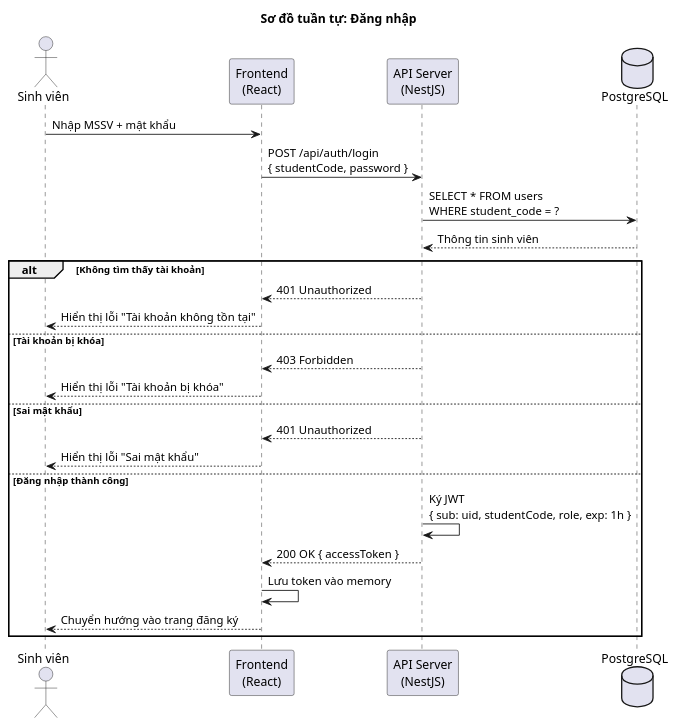
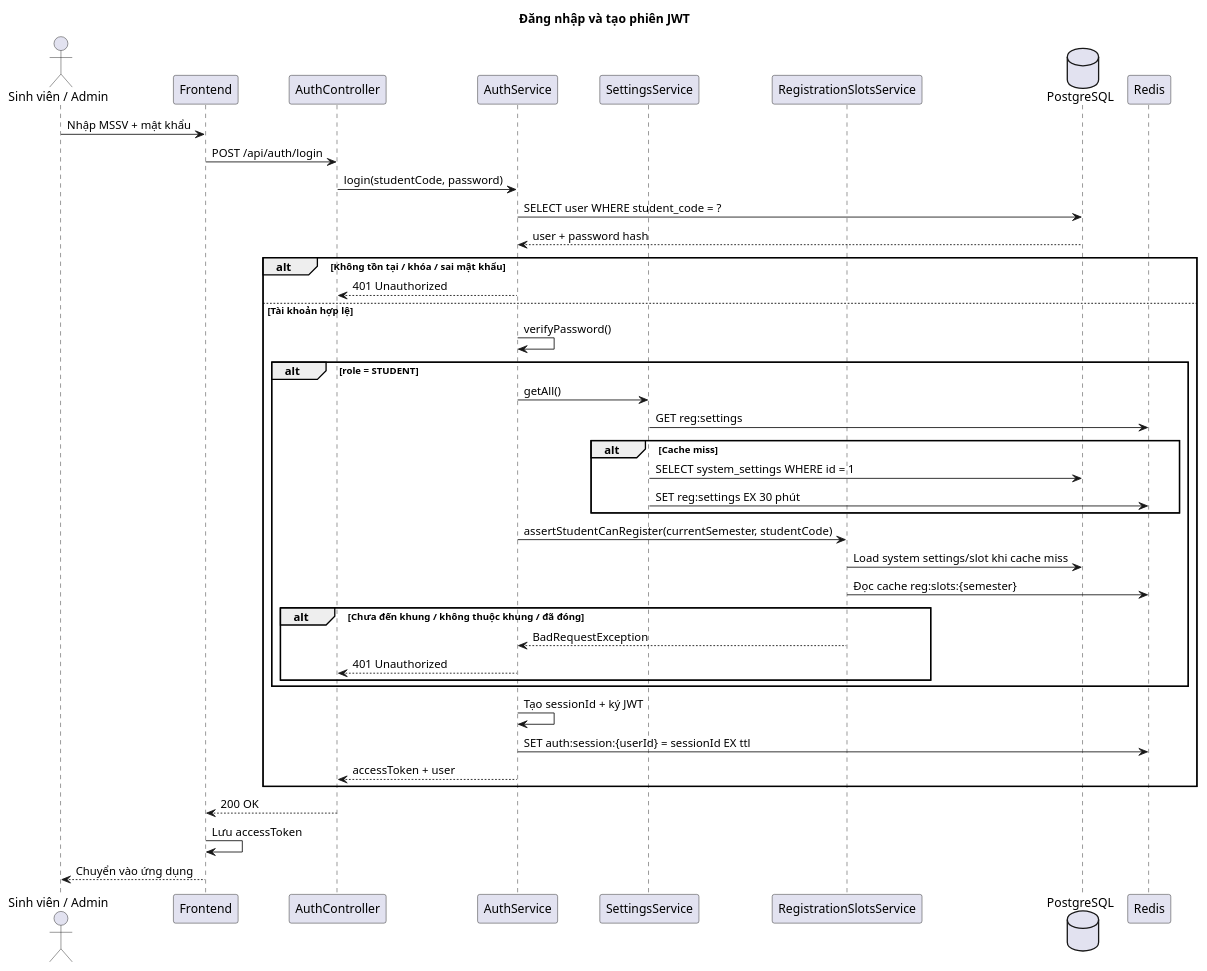
Before and after one commit to huyhuyqazwsx/do_an_tot_nghiep: the first of 20 diagrams in docs/doc/sequence-diagrams.md, drawn with PlantUML. The commit also changed other lines of this file and 1 other file, not shown here.

````diff
--- a/docs/doc/sequence-diagrams.md
+++ b/docs/doc/sequence-diagrams.md
@@ -9,33 +19,50 @@
 ```plantuml
 @startuml SD_Login
-title Sơ đồ tuần tự: Đăng nhập
+title Đăng nhập và tạo phiên JWT
 
-actor "Sinh viên" as SV
-participant "Frontend\n(React)" as FE
-participant "API Server\n(NestJS)" as API
+actor "Sinh viên / Admin" as User
+participant "Frontend" as FE
+participant "AuthController" as AuthC
+participant "AuthService" as AuthS
+participant "SettingsService" as Settings
+participant "RegistrationSlotsService" as Slots
 database "PostgreSQL" as DB
+participant "Redis" as Redis
 
-SV -> FE : Nhập MSSV + mật khẩu
-FE -> API : POST /api/auth/login\n{ studentCode, password }
+User -> FE : Nhập MSSV + mật khẩu
+FE -> AuthC : POST /api/auth/login
+AuthC -> AuthS : login(studentCode, password)
 
-API -> DB : SELECT * FROM users\nWHERE student_code = ?
-DB --> API : Thông tin sinh viên
+AuthS -> DB : SELECT user WHERE student_code = ?
+DB --> AuthS : user + password hash
 
-alt Không tìm thấy tài khoản
-    API --> FE : 401 Unauthorized
-    FE --> SV : Hiển thị lỗi "Tài khoản không tồn tại"
-else Tài khoản bị khóa
-    API --> FE : 403 Forbidden
-    FE --> SV : Hiển thị lỗi "Tài khoản bị khóa"
-else Sai mật khẩu
-    API --> FE : 401 Unauthorized
-    FE --> SV : Hiển thị lỗi "Sai mật khẩu"
-else Đăng nhập thành công
-    API -> API : Ký JWT\n{ sub: uid, studentCode, role, exp: 1h }
-    API --> FE : 200 OK { accessToken }
-    FE -> FE : Lưu token vào memory
-    FE --> SV : Chuyển hướng vào trang đăng ký
+alt Không tồn tại / khóa / sai mật khẩu
+  AuthS --> AuthC : 401 Unauthorized
+else Tài khoản hợp lệ
+  AuthS -> AuthS : verifyPassword()
+  alt role = STUDENT
+    AuthS -> Settings : getAll()
+    Settings -> Redis : GET reg:settings
+    alt Cache miss
+      Settings -> DB : SELECT system_settings WHERE id = 1
+      Settings -> Redis : SET reg:settings EX 30 phút
+    end
+    AuthS -> Slots : assertStudentCanRegister(currentSemester, studentCode)
+    Slots -> DB : Load system settings/slot khi cache miss
+    Slots -> Redis : Đọc cache reg:slots:{semester}
+    alt Chưa đến khung / không thuộc khung / đã đóng
+      Slots --> AuthS : BadRequestException
+      AuthS --> AuthC : 401 Unauthorized
+    end
+  end
+
+  AuthS -> AuthS : Tạo sessionId + ký JWT
+  AuthS -> Redis : SET auth:session:{userId} = sessionId EX ttl
+  AuthS --> AuthC : accessToken + user
 end
 
+AuthC --> FE : 200 OK
+FE -> FE : Lưu accessToken
+FE --> User : Chuyển vào ứng dụng
 @enduml
 ```
````
